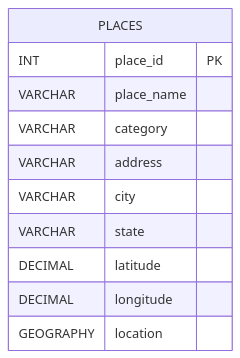
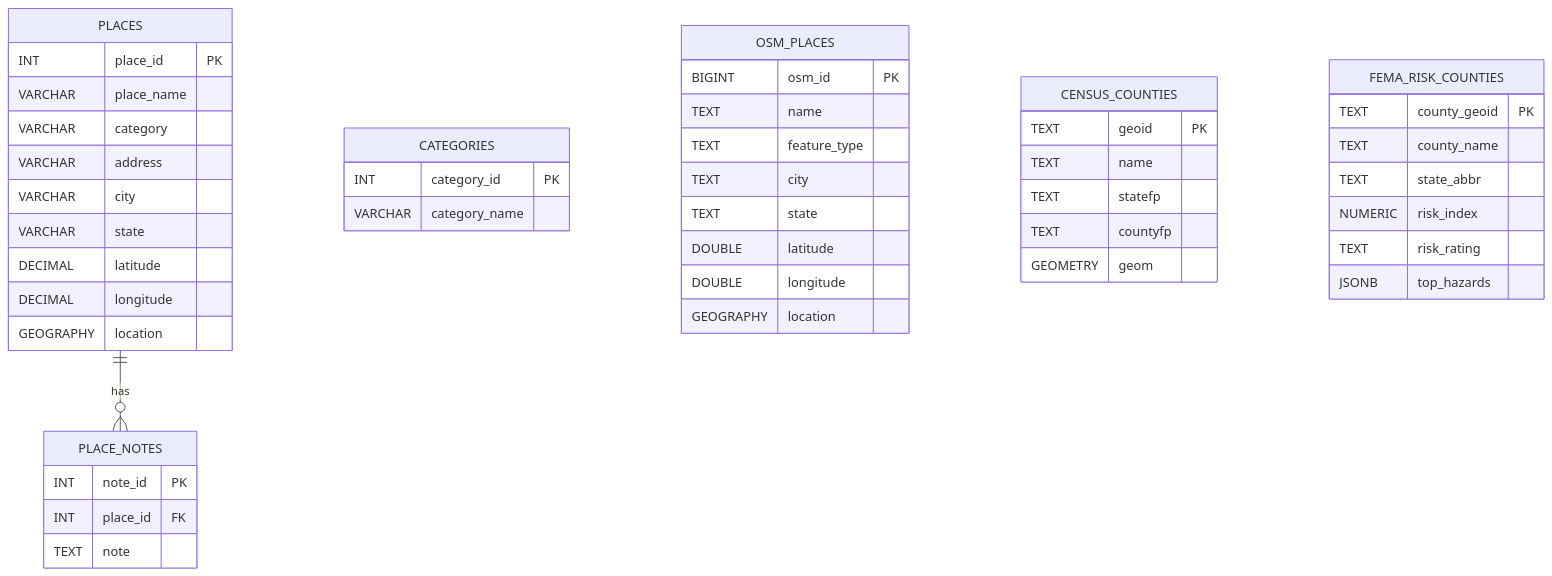
Before and after one commit to Carlos-Fletes/DatabaseProject: the second of 2 diagrams in README.md, drawn with Mermaid. The commit also changed other lines of this file, not shown here.

````diff
--- a/README.md
+++ b/README.md
@@ -114,14 +61,55 @@
 ```mermaid
 erDiagram
     PLACES {
         INT place_id PK
         VARCHAR place_name
         VARCHAR category
         VARCHAR address
         VARCHAR city
         VARCHAR state
         DECIMAL latitude
         DECIMAL longitude
         GEOGRAPHY location
     }
+
+    CATEGORIES {
+        INT category_id PK
+        VARCHAR category_name
+    }
+
+    PLACE_NOTES {
+        INT note_id PK
+        INT place_id FK
+        TEXT note
+    }
+
+    OSM_PLACES {
+        BIGINT osm_id PK
+        TEXT name
+        TEXT feature_type
+        TEXT city
+        TEXT state
+        DOUBLE latitude
+        DOUBLE longitude
+        GEOGRAPHY location
+    }
+
+    CENSUS_COUNTIES {
+        TEXT geoid PK
+        TEXT name
+        TEXT statefp
+        TEXT countyfp
+        GEOMETRY geom
+    }
+
+    FEMA_RISK_COUNTIES {
+        TEXT county_geoid PK
+        TEXT county_name
+        TEXT state_abbr
+        NUMERIC risk_index
+        TEXT risk_rating
+        JSONB top_hazards
+    }
+
+    PLACES ||--o{ PLACE_NOTES : has
 ```
````
